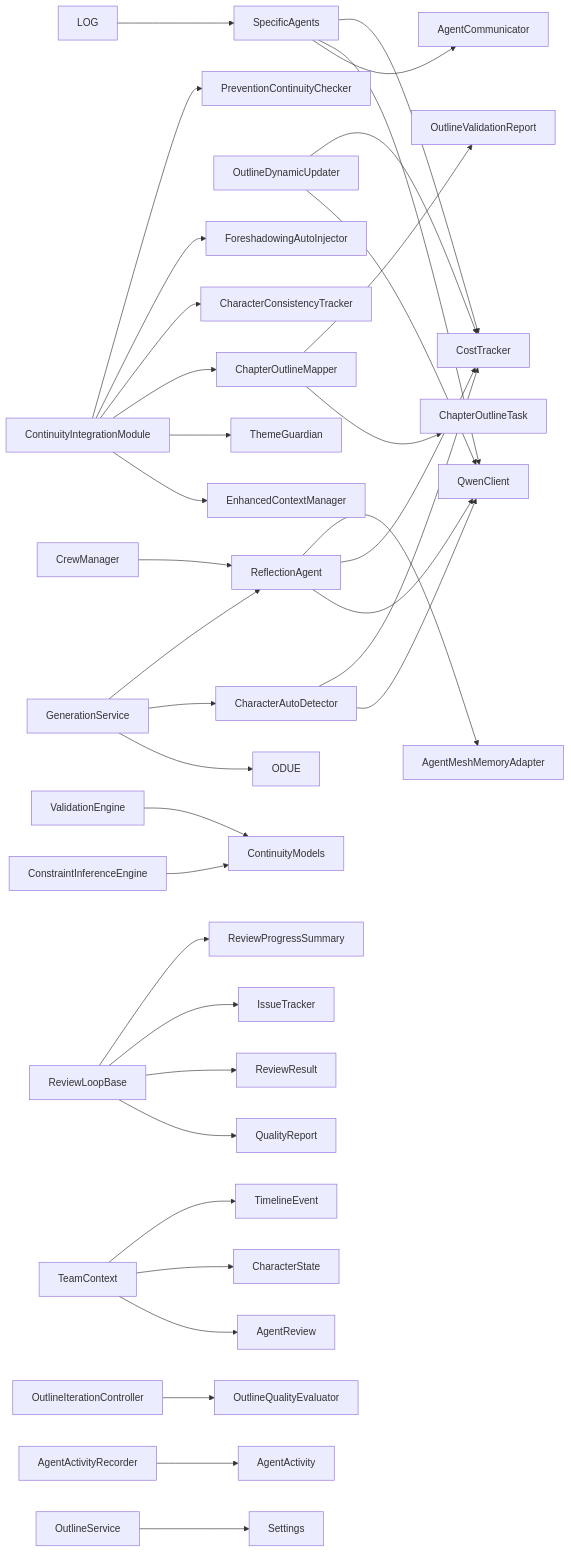
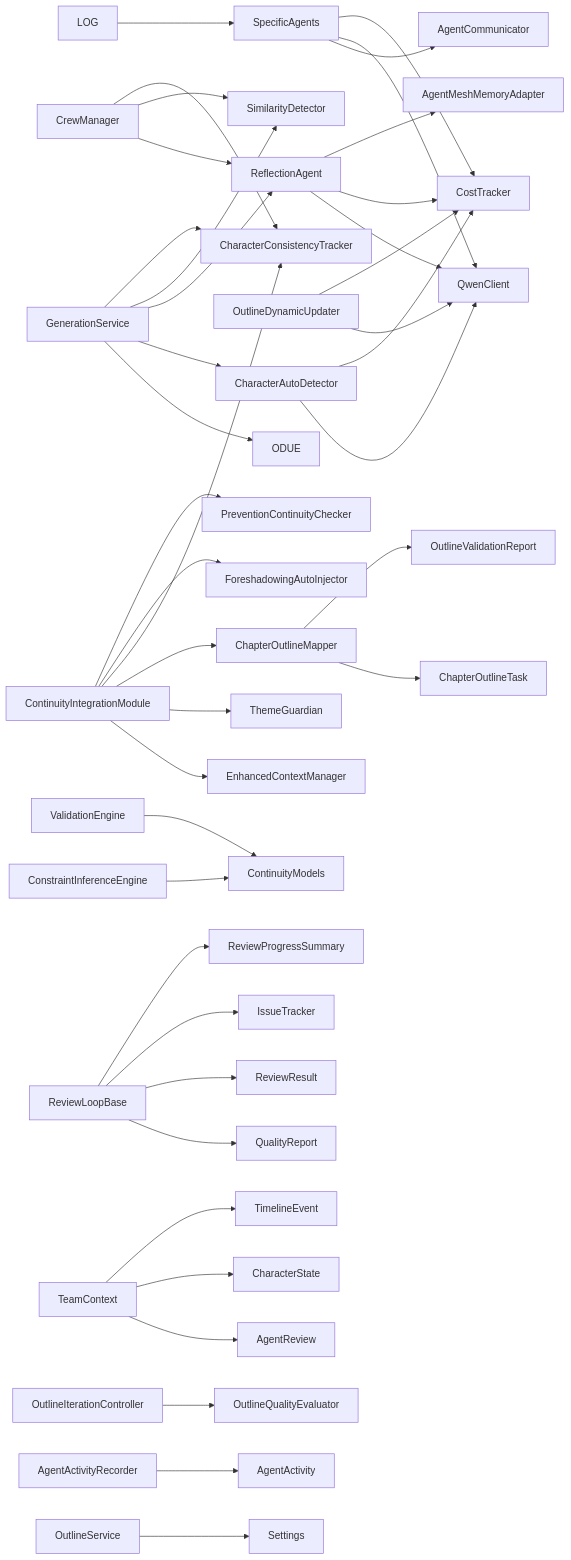
One commit to xfbyxq/ai-novel-system changed diagram 23 of 23 in .qoder/repowiki/zh/content/AI智能体系统/AI智能体系统.md. Above: the diagram before and after it, drawn with Mermaid. The commit also changed other lines of this file and 12 other files, not shown here.

````diff
--- a/.qoder/repowiki/zh/content/AI智能体系统/AI智能体系统.md
+++ b/.qoder/repowiki/zh/content/AI智能体系统/AI智能体系统.md
@@ -1533,38 +1827,42 @@
 ```mermaid
 graph LR
 SA["SpecificAgents"] --> AC["AgentCommunicator"]
 SA --> QC["QwenClient"]
 SA --> CT["CostTracker"]
 RA["ReflectionAgent"] --> QC
 RA --> CT
 RA --> AMMA["AgentMeshMemoryAdapter"]
 CM["CrewManager"] --> RA
+CM --> SD["SimilarityDetector"]
+CM --> CCT["CharacterConsistencyTracker"]
 ODU["OutlineDynamicUpdater"] --> QC
 ODU --> CT
 CAD["CharacterAutoDetector"] --> QC
 CAD --> CT
 CIM["ContinuityIntegrationModule"] --> ECM["EnhancedContextManager"]
 CIM --> TG["ThemeGuardian"]
 CIM --> COM["ChapterOutlineMapper"]
-CIM --> CCT["CharacterConsistencyTracker"]
+CIM --> CCT
 CIM --> FAI["ForeshadowingAutoInjector"]
 CIM --> PCC["PreventionContinuityChecker"]
 CIE["ConstraintInferenceEngine"] --> CM2["ContinuityModels"]
 VE["ValidationEngine"] --> CM2
 RLB["ReviewLoopBase"] --> QR["QualityReport"]
 RLB --> RR["ReviewResult"]
 RLB --> IE["IssueTracker"]
 RLB --> RS["ReviewProgressSummary"]
 TC["TeamContext"] --> AR["AgentReview"]
 TC --> CS["CharacterState"]
 TC --> TL["TimelineEvent"]
 COM --> COT["ChapterOutlineTask"]
 COM --> OVR["OutlineValidationReport"]
 OIC["OutlineIterationController"] --> OQE["OutlineQualityEvaluator"]
 GS["GenerationService"] --> ODUE
 GS --> CAD
 GS --> RA
+GS --> SD
+GS --> CCT
 AAR["AgentActivityRecorder"] --> AA["AgentActivity"]
 OS["OutlineService"] --> CFG["Settings"]
 LOG --> SA
 ```
````
